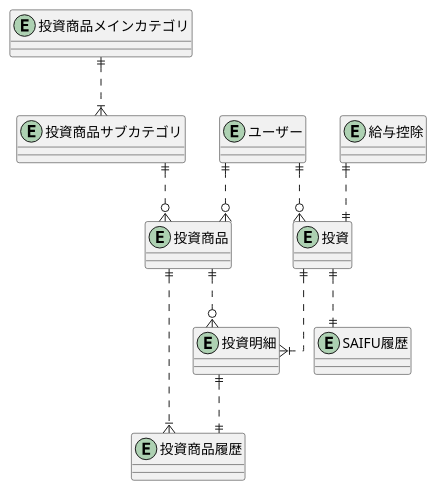
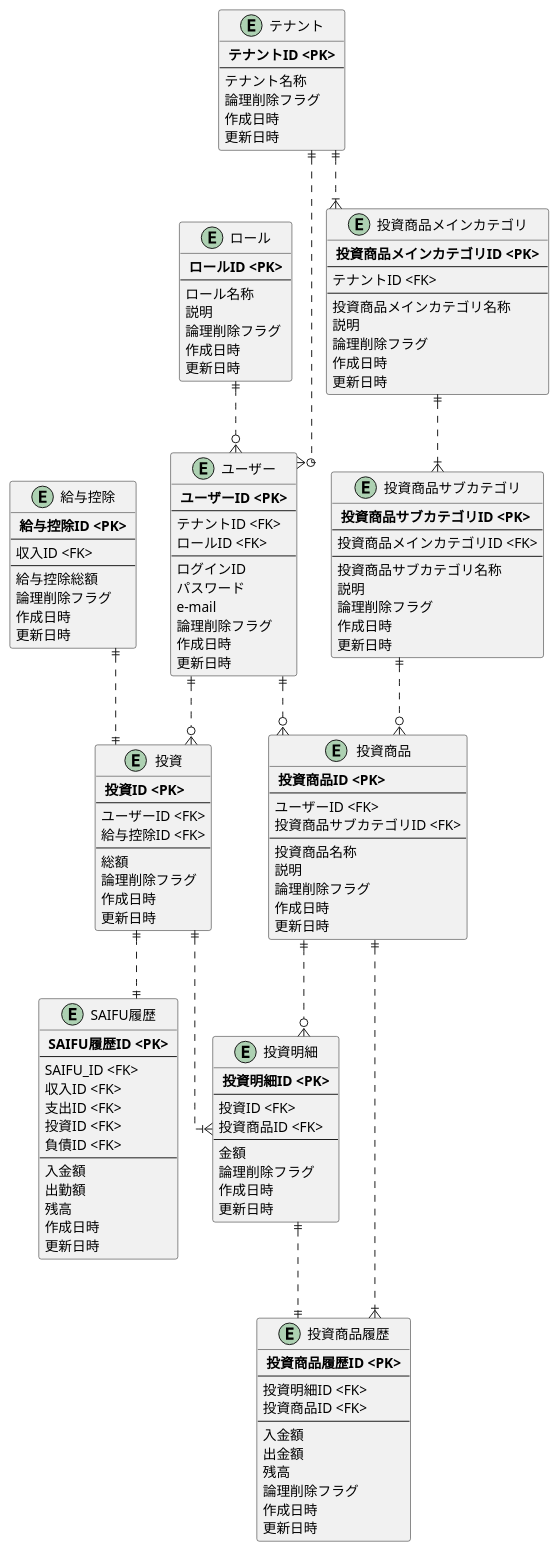
Before and after one commit to JojiKoike/saifu-docs: the diagram in design/ER_Logical_Investment.wsd, drawn with PlantUML.

Commit message:
Investment論理モデル作成

```diff
--- a/design/ER_Logical_Investment.wsd
+++ b/design/ER_Logical_Investment.wsd
@@ -1,46 +1,160 @@
 @startuml ER_Concept
 skinparam linetype ortho
 
 ' Entity
+entity "テナント" as tenant {
+  ** テナントID <PK> **
+  --
+  テナント名称
+  論理削除フラグ
+  作成日時
+  更新日時
+}
+
+entity "ユーザー" as user {
+  ** ユーザーID <PK> **
+  --
+  テナントID <FK>
+  ロールID <FK>
+  --
+  ログインID
+  パスワード
+  e-mail
+  論理削除フラグ
+  作成日時
+  更新日時
+}
+
+entity "ロール" as role {
+  ** ロールID <PK> **
+  --
+  ロール名称
+  説明
+  論理削除フラグ
+  作成日時
+  更新日時
+}
+
 entity "SAIFU履歴" as saifuHistory {
+  ** SAIFU履歴ID <PK> **
+  --
+  SAIFU_ID <FK>
+  収入ID <FK>
+  支出ID <FK>
+  投資ID <FK>
+  負債ID <FK>
+  --
+  入金額
+  出勤額
+  残高
+  作成日時
+  更新日時
 }
 
 entity "給与控除" as salaryDeduction {
+  ** 給与控除ID <PK> **
+  --
+  収入ID <FK>
+  --
+  給与控除総額
+  論理削除フラグ
+  作成日時
+  更新日時
 }
 
 entity "投資" as investment {
+  ** 投資ID <PK> **
+  --
+  ユーザーID <FK>
+  給与控除ID <FK>
+  --
+  総額
+  論理削除フラグ
+  作成日時
+  更新日時
 }
 
 entity "投資明細" as investmentDetail {
+  ** 投資明細ID <PK> **
+  --
+  投資ID <FK>
+  投資商品ID <FK>
+  --
+  金額
+  論理削除フラグ
+  作成日時
+  更新日時
 }
 
 entity "投資商品" as investmentItem {
+  ** 投資商品ID <PK> **
+  --
+  ユーザーID <FK>
+  投資商品サブカテゴリID <FK>
+  --
+  投資商品名称
+  説明
+  論理削除フラグ
+  作成日時
+  更新日時
 }
 
 entity "投資商品履歴" as investmentItemHistory {
+  ** 投資商品履歴ID <PK> **
+  --
+  投資明細ID <FK>
+  投資商品ID <FK>
+  --
+  入金額
+  出金額
+  残高
+  論理削除フラグ
+  作成日時
+  更新日時
 }
 
 entity "投資商品メインカテゴリ" as investmentItemCategoryMain {
+  ** 投資商品メインカテゴリID <PK> **
+  --
+  テナントID <FK>
+  --
+  投資商品メインカテゴリ名称
+  説明
+  論理削除フラグ
+  作成日時
+  更新日時
 }
 
 entity "投資商品サブカテゴリ" as investmentItemCategorySub {
+  ** 投資商品サブカテゴリID <PK> **
+  --
+  投資商品メインカテゴリID <FK>
+  --
+  投資商品サブカテゴリ名称
+  説明
+  論理削除フラグ
+  作成日時
+  更新日時
 }
 
-entity "ユーザー" as user {
-}
 
 ' Relation
 
+' Account
+tenant ||..o{user
+role ||..o{user
+
 ' Investment
+tenant ||..|{investmentItemCategoryMain
 investmentItemCategoryMain ||..|{investmentItemCategorySub
 investmentItemCategorySub ||..o{investmentItem
 salaryDeduction ||..||investment
 investment ||..|{investmentDetail
 investment ||..||saifuHistory
 investmentDetail ||..||investmentItemHistory
 investmentItem ||..|{investmentItemHistory
 investmentItem ||..o{investmentDetail
 user ||..o{investment
 user ||..o{investmentItem
 
 @enduml
```
